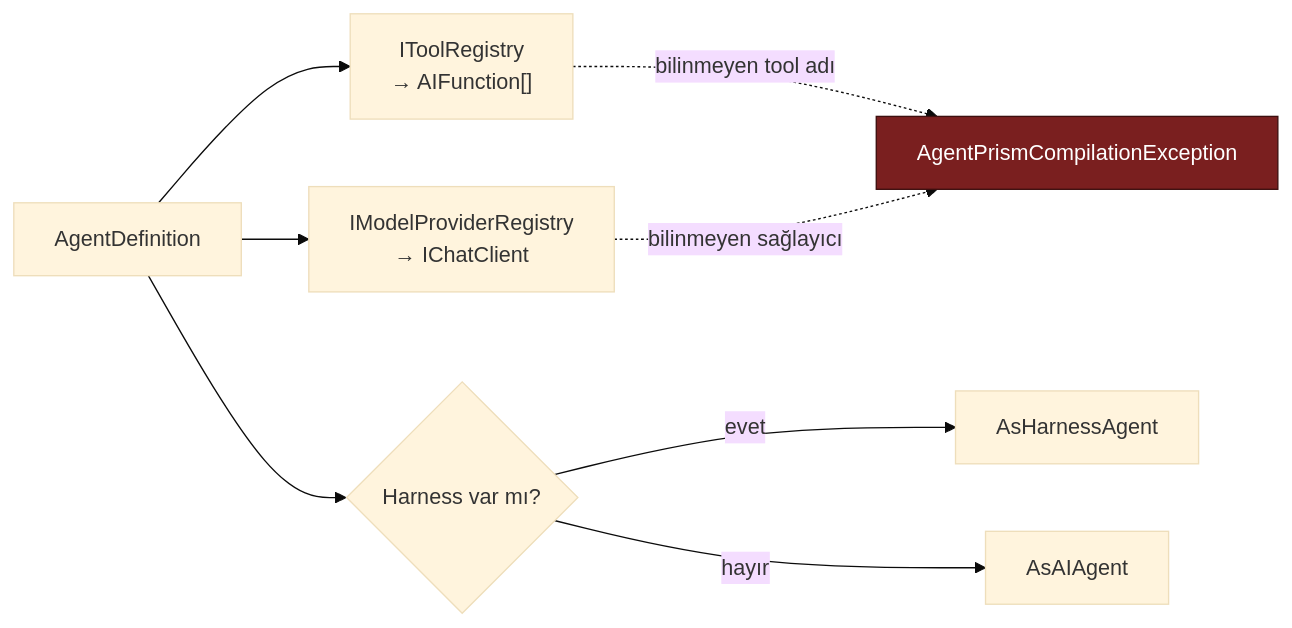
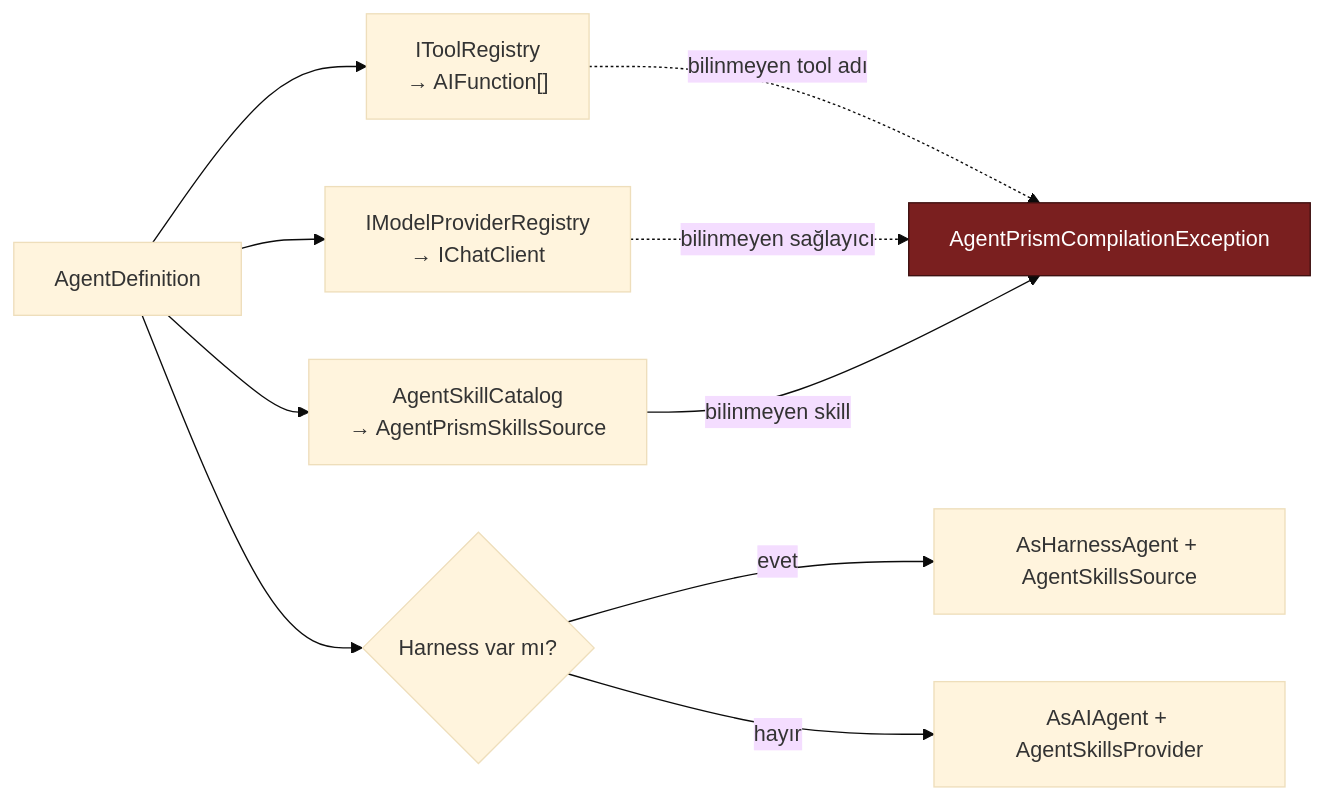
The fifth of 9 diagrams in docs/MIMARI.md (farukatasoy/Tracon), drawn with Mermaid (base theme) before and after one commit. The commit also changed other lines of this file and 45 other files, not shown here.

````diff
--- a/docs/MIMARI.md
+++ b/docs/MIMARI.md
@@ -651,13 +660,15 @@
 ```mermaid
 flowchart LR
     D["AgentDefinition"] --> M["IModelProviderRegistry<br/>→ IChatClient"]
     D --> T["IToolRegistry<br/>→ AIFunction[]"]
+    D --> S["AgentSkillCatalog<br/>→ AgentPrismSkillsSource"]
     D --> H{"Harness var mı?"}
     T -.->|"bilinmeyen tool adı"| E["AgentPrismCompilationException"]
     M -.->|"bilinmeyen sağlayıcı"| E
-    H -->|"evet"| HA["AsHarnessAgent"]
-    H -->|"hayır"| CA["AsAIAgent"]
+    S -->|"bilinmeyen skill"| E
+    H -->|"evet"| HA["AsHarnessAgent + AgentSkillsSource"]
+    H -->|"hayır"| CA["AsAIAgent + AgentSkillsProvider"]
 
     classDef hata fill:#7a1f1f,stroke:#3d0f0f,color:#ffffff
     class E hata
 ```
````
